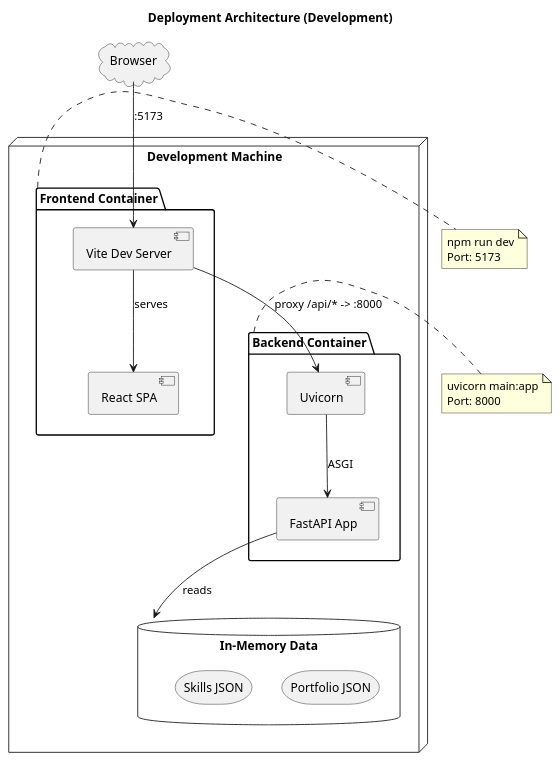
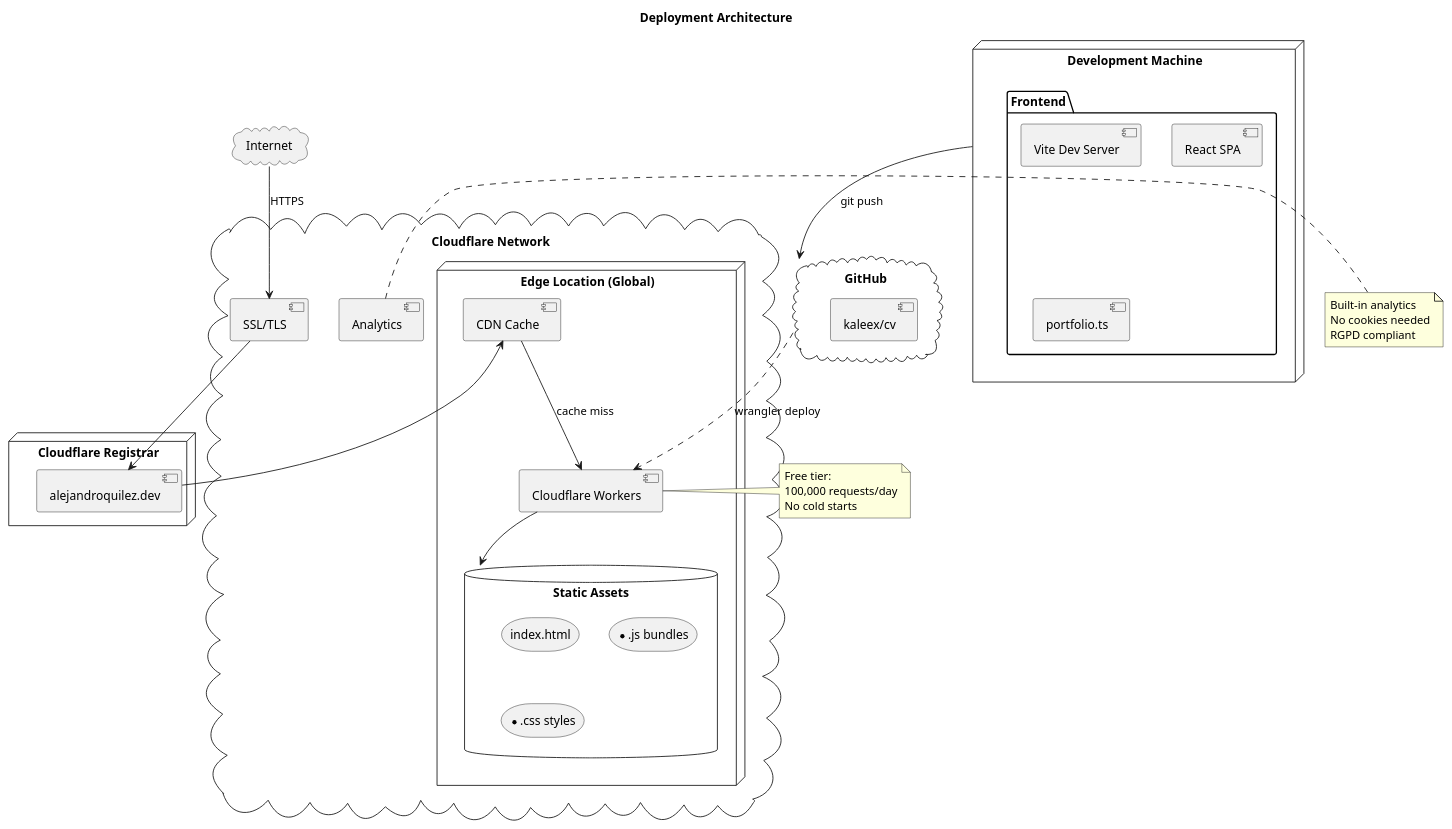
The diagram in docs/06_deployment.puml (kaleex/cv), drawn with PlantUML before and after one commit. The commit also changed 20 other files, not shown here.

First line of the commit message:
docs: update documentation for static architecture

```diff
--- a/docs/06_deployment.puml
+++ b/docs/06_deployment.puml
@@ -1,42 +1,58 @@
 @startuml Deployment_Architecture
-title Deployment Architecture (Development)
+title Deployment Architecture
 
-node "Development Machine" {
+cloud "Internet" as internet
+
+cloud "Cloudflare Network" as cf {
+    node "Edge Location (Global)" {
+        component "Cloudflare Workers" as workers
+        component "CDN Cache" as cdn
+        database "Static Assets" as assets {
+            storage "index.html"
+            storage "*.js bundles"
+            storage "*.css styles"
+        }
+    }
     
-    package "Frontend Container" as fe {
+    component "Analytics" as analytics
+    component "SSL/TLS" as ssl
+}
+
+node "Cloudflare Registrar" as registrar {
+    component "alejandroquilez.dev" as domain
+}
+
+node "Development Machine" as dev {
+    package "Frontend" as fe {
         component "Vite Dev Server" as vite
         component "React SPA" as react
-        
-        vite --> react : serves
-    }
-    
-    package "Backend Container" as be {
-        component "Uvicorn" as uvicorn
-        component "FastAPI App" as fastapi
-        
-        uvicorn --> fastapi : ASGI
-    }
-    
-    database "In-Memory Data" as data {
-        storage "Portfolio JSON"
-        storage "Skills JSON"
+        component "portfolio.ts" as data
     }
 }
 
-cloud "Browser" as browser
+cloud "GitHub" as github {
+    component "kaleex/cv" as repo
+}
 
-browser --> vite : ":5173"
-vite --> uvicorn : "proxy /api/* -> :8000"
-fastapi --> data : reads
+internet --> ssl : HTTPS
+ssl --> domain
+domain --> cdn
+cdn --> workers : cache miss
+workers --> assets
 
-note right of fe
-  npm run dev
-  Port: 5173
+dev --> github : git push
+github ..> workers : wrangler deploy
+
+note right of workers
+  Free tier:
+  100,000 requests/day
+  No cold starts
 end note
 
-note right of be
-  uvicorn main:app
-  Port: 8000
+note right of analytics
+  Built-in analytics
+  No cookies needed
+  RGPD compliant
 end note
 
 @enduml
```
